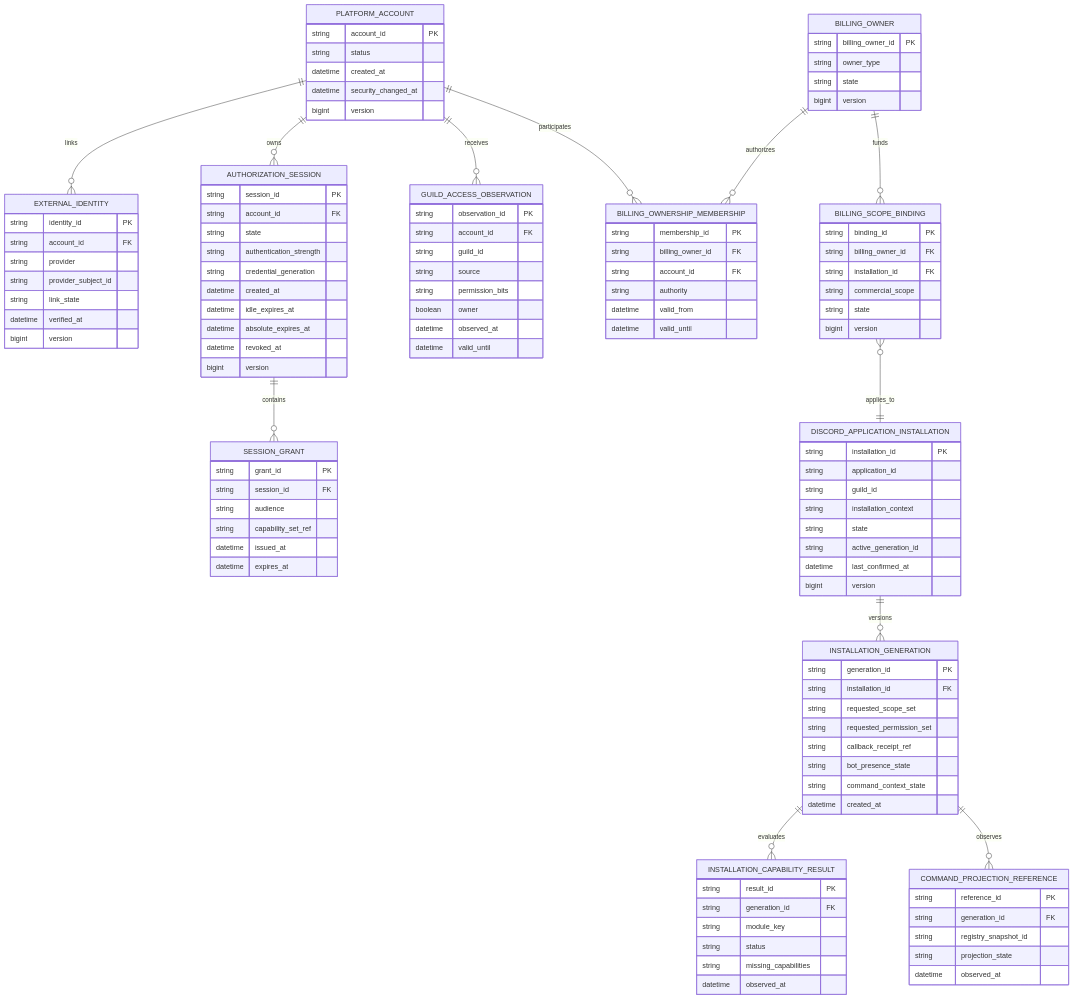
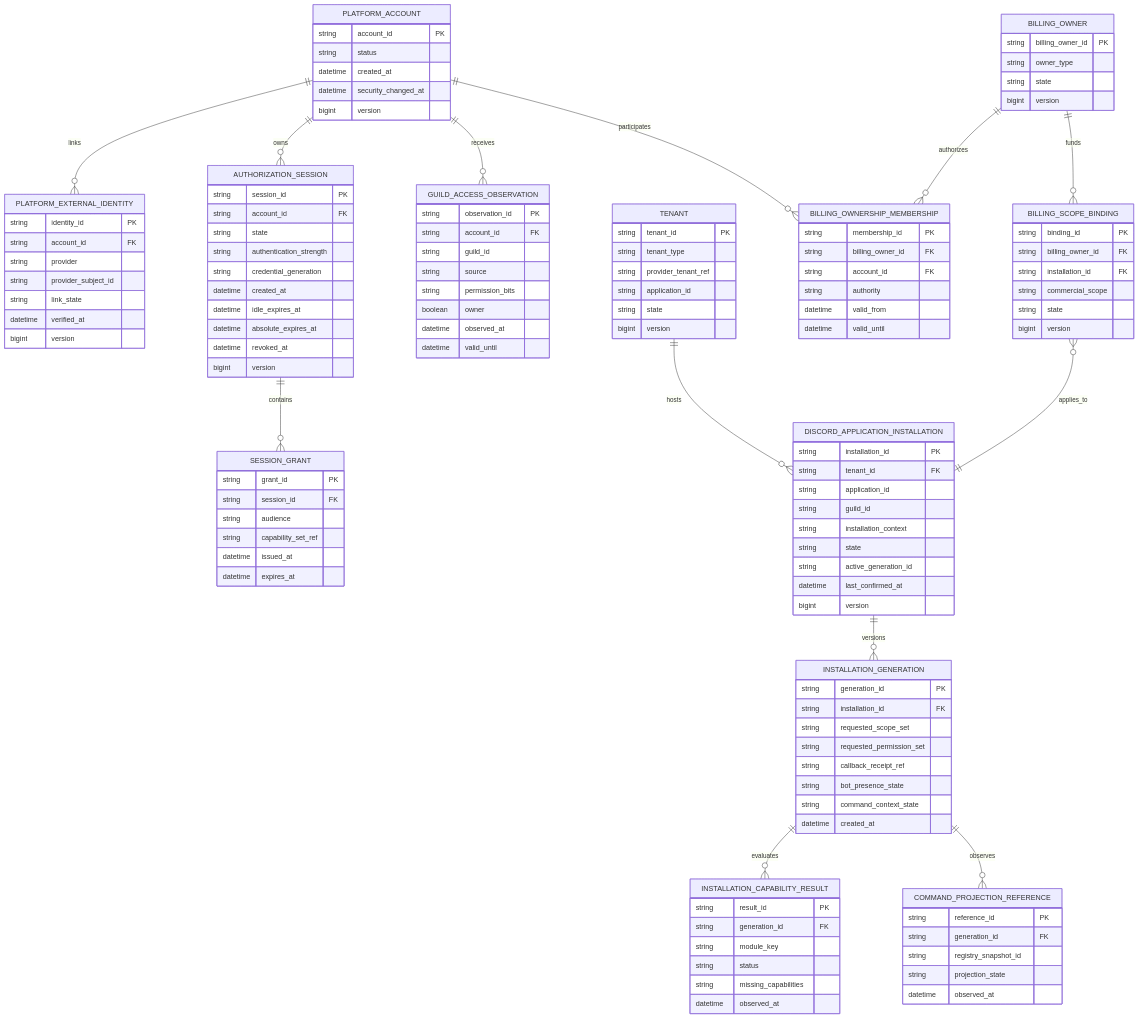
One commit to obsidia-systems/Discord-Bot-Open-Source changed the first of 4 diagrams in docs/architecture/10a-data-platform-access-commercial-ai.md. Above: the diagram before and after it, drawn with Mermaid. The commit also changed other lines of this file and 27 other files, not shown here.

First line of the commit message:
feat(architecture): add comprehensive architecture review documentation

````diff
--- a/docs/architecture/10a-data-platform-access-commercial-ai.md
+++ b/docs/architecture/10a-data-platform-access-commercial-ai.md
@@ -11,9 +13,10 @@
 ```mermaid
 erDiagram
-    PLATFORM_ACCOUNT ||--o{ EXTERNAL_IDENTITY : links
+    PLATFORM_ACCOUNT ||--o{ PLATFORM_EXTERNAL_IDENTITY : links
     PLATFORM_ACCOUNT ||--o{ AUTHORIZATION_SESSION : owns
     AUTHORIZATION_SESSION ||--o{ SESSION_GRANT : contains
     PLATFORM_ACCOUNT ||--o{ GUILD_ACCESS_OBSERVATION : receives
+    TENANT ||--o{ DISCORD_APPLICATION_INSTALLATION : hosts
     DISCORD_APPLICATION_INSTALLATION ||--o{ INSTALLATION_GENERATION : versions
     INSTALLATION_GENERATION ||--o{ INSTALLATION_CAPABILITY_RESULT : evaluates
     INSTALLATION_GENERATION ||--o{ COMMAND_PROJECTION_REFERENCE : observes
@@ -29,7 +32,7 @@
         datetime security_changed_at
         bigint version
     }
-    EXTERNAL_IDENTITY {
+    PLATFORM_EXTERNAL_IDENTITY {
         string identity_id PK
         string account_id FK
         string provider
@@ -68,8 +71,17 @@
         datetime observed_at
         datetime valid_until
     }
+    TENANT {
+        string tenant_id PK
+        string tenant_type
+        string provider_tenant_ref
+        string application_id
+        string state
+        bigint version
+    }
     DISCORD_APPLICATION_INSTALLATION {
         string installation_id PK
+        string tenant_id FK
         string application_id
         string guild_id
         string installation_context
````
